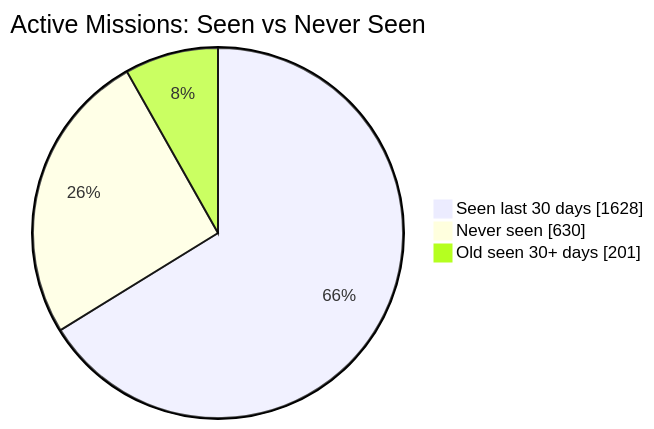
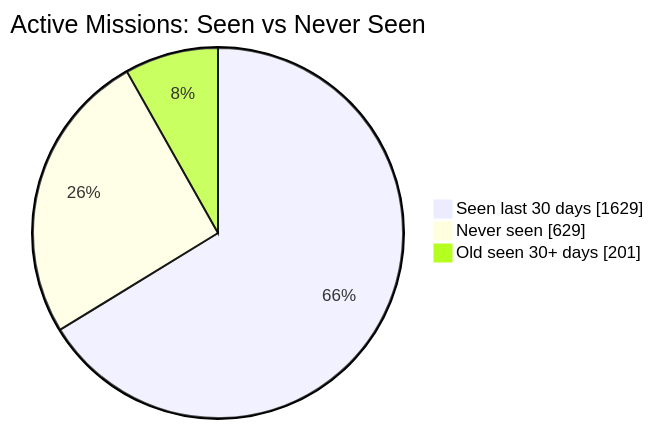
One commit to MeldkamerspelGameTeam/active-missions changed the first of 2 diagrams in README.md. Above: the diagram before and after it, drawn with Mermaid. The commit also changed other lines of this file and 2 other files, not shown here.

````diff
--- a/README.md
+++ b/README.md
@@ -34,7 +34,7 @@
 ```mermaid
 pie showData
     title Active Missions: Seen vs Never Seen
-    "Seen last 30 days" : 1628
-    "Never seen" : 630
+    "Seen last 30 days" : 1629
+    "Never seen" : 629
     "Old seen 30+ days" : 201
 ```
````
